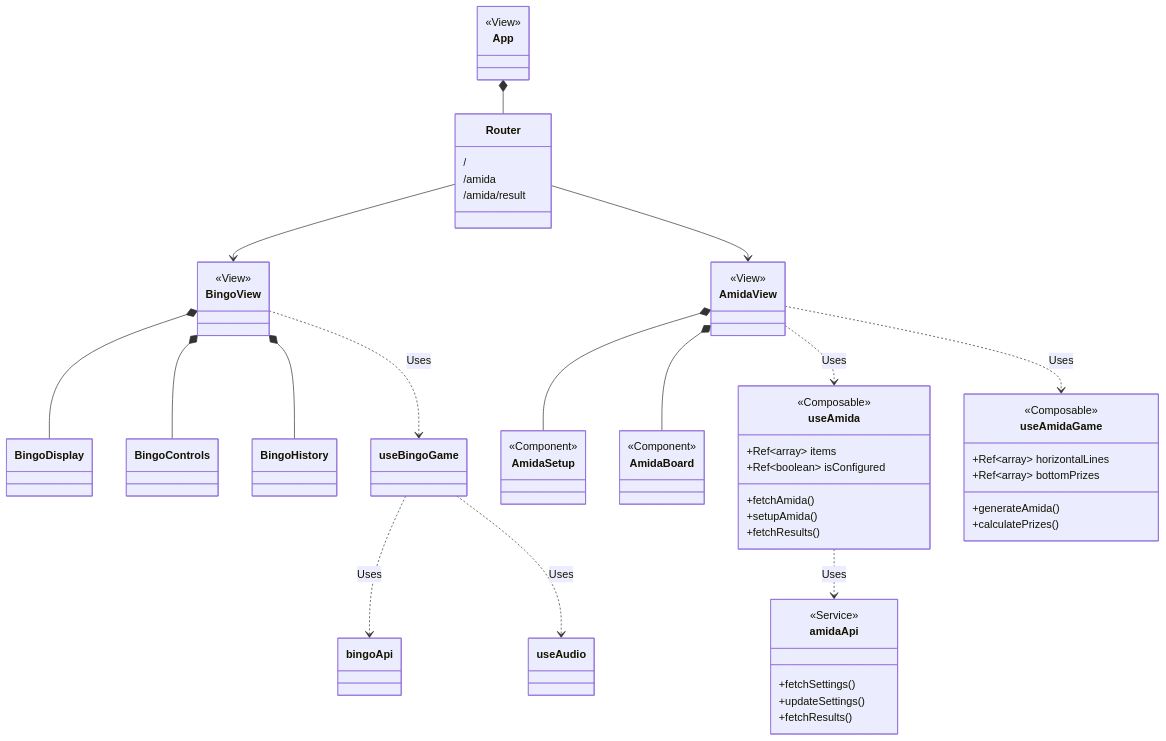
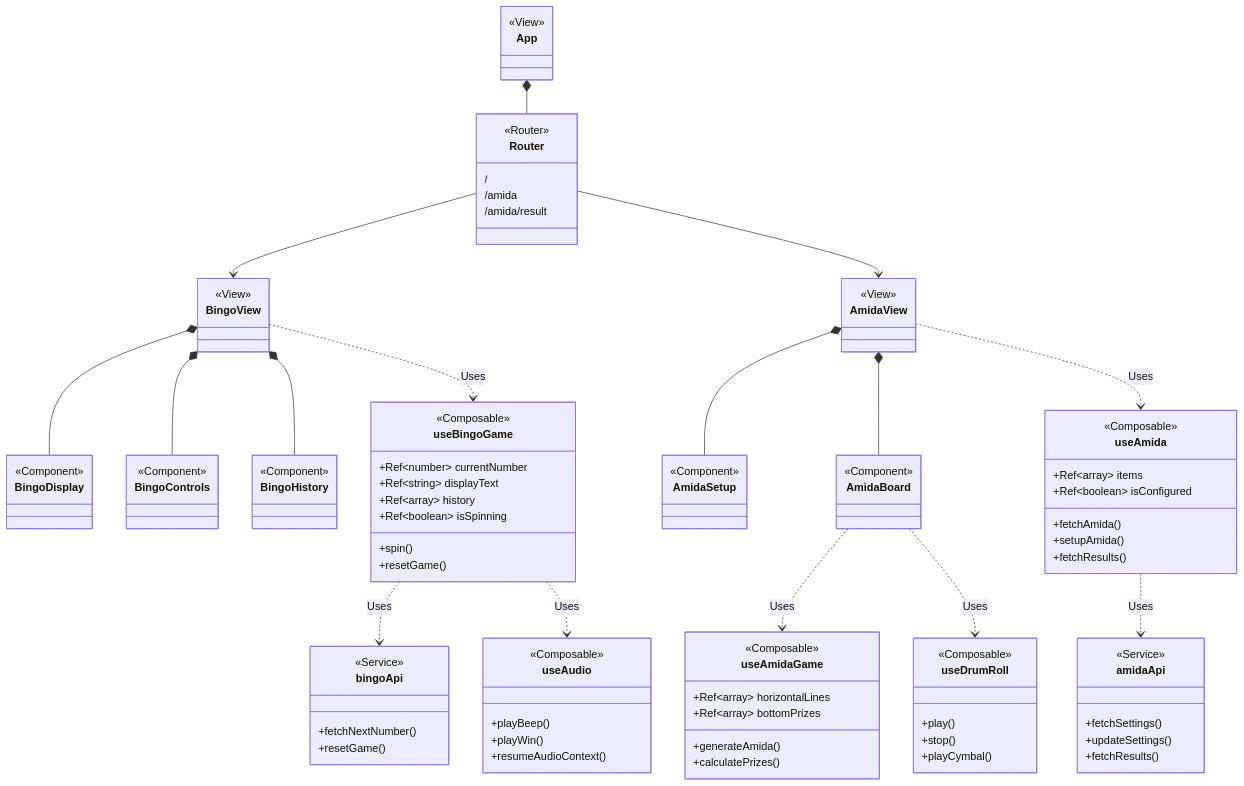
Before and after one commit to yasyasyu/bingo-server: the third of 5 diagrams in docs/ARCHITECTURE.md, drawn with Mermaid. The commit also changed other lines of this file and 6 other files, not shown here.

```diff
--- a/docs/ARCHITECTURE.md
+++ b/docs/ARCHITECTURE.md
@@ -129,6 +175,7 @@
     }
     
     class Router {
+        <<Router>>
         /
         /amida
         /amida/result
@@ -142,12 +189,34 @@
         <<View>>
     }
 
+    class BingoDisplay {
+        <<Component>>
+    }
+
+    class BingoControls {
+        <<Component>>
+    }
+
+    class BingoHistory {
+        <<Component>>
+    }
+
     class AmidaSetup {
         <<Component>>
     }
 
     class AmidaBoard {
         <<Component>>
+    }
+
+    class useBingoGame {
+        <<Composable>>
+        +Ref~number~ currentNumber
+        +Ref~string~ displayText
+        +Ref~array~ history
+        +Ref~boolean~ isSpinning
+        +spin()
+        +resetGame()
     }
 
     class useAmida {
@@ -167,6 +236,26 @@
         +calculatePrizes()
     }
 
+    class useAudio {
+        <<Composable>>
+        +playBeep()
+        +playWin()
+        +resumeAudioContext()
+    }
+
+    class useDrumRoll {
+        <<Composable>>
+        +play()
+        +stop()
+        +playCymbal()
+    }
+
+    class bingoApi {
+        <<Service>>
+        +fetchNextNumber()
+        +resetGame()
+    }
+
     class amidaApi {
         <<Service>>
         +fetchSettings()
@@ -184,7 +273,8 @@
     AmidaView *-- AmidaSetup
     AmidaView *-- AmidaBoard
     AmidaView ..> useAmida : Uses
-    AmidaView ..> useAmidaGame : Uses
+    AmidaBoard ..> useAmidaGame : Uses
+    AmidaBoard ..> useDrumRoll : Uses
     useBingoGame ..> bingoApi : Uses
     useBingoGame ..> useAudio : Uses
     useAmida ..> amidaApi : Uses
```
